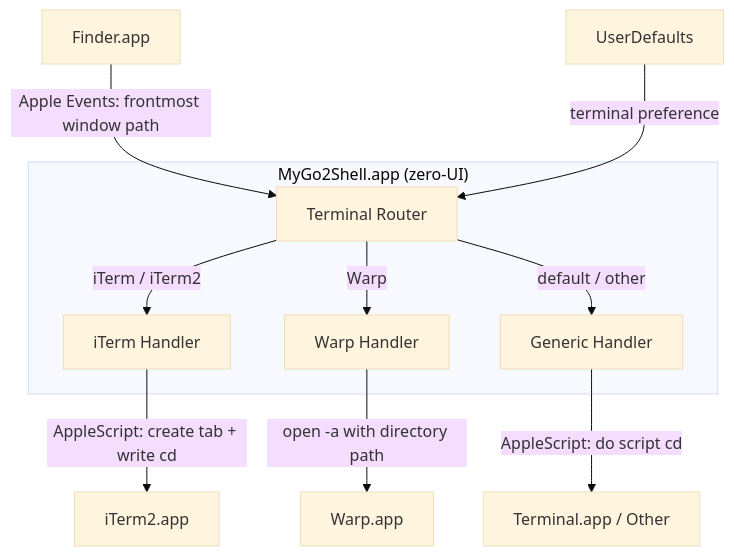
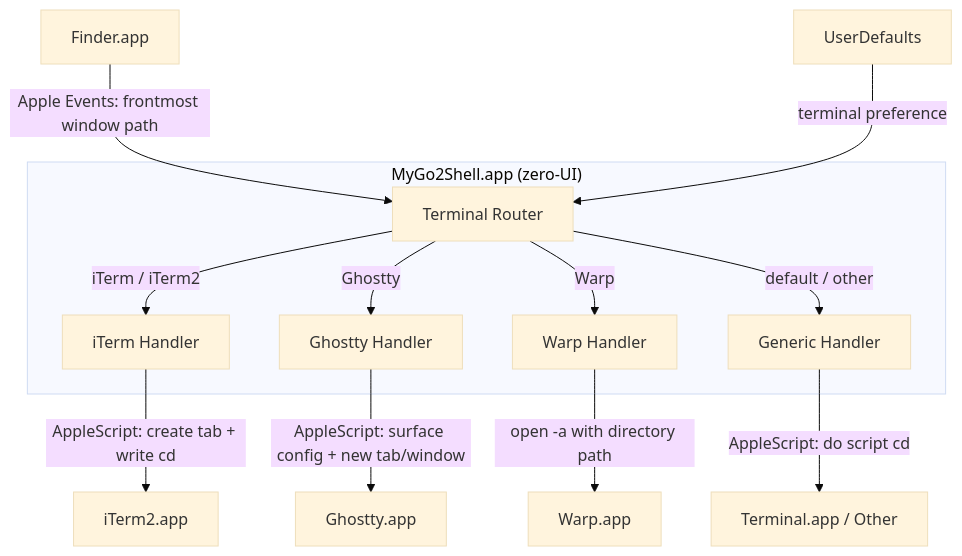
The diagram in README.md (yuman07/MyGo2Shell), drawn with Mermaid (base theme) before and after one commit. The commit also changed other lines of this file and 2 other files, not shown here.

Commit message:
Add Ghostty terminal support with native AppleScript surface configuration API

````diff
--- a/README.md
+++ b/README.md
@@ -187,15 +187,17 @@
 ```mermaid
 graph TD
     Finder[Finder.app] -->|"Apple Events: frontmost window path"| Router
     UD[UserDefaults] -->|"terminal preference"| Router
 
     subgraph App["MyGo2Shell.app (zero-UI)"]
         Router[Terminal Router] -->|"iTerm / iTerm2"| IH[iTerm Handler]
+        Router -->|"Ghostty"| GtH[Ghostty Handler]
         Router -->|"Warp"| WH[Warp Handler]
         Router -->|"default / other"| GH[Generic Handler]
     end
 
     IH -->|"AppleScript: create tab + write cd"| iTerm[iTerm2.app]
+    GtH -->|"AppleScript: surface config + new tab/window"| Ghostty[Ghostty.app]
     WH -->|"open -a with directory path"| Warp[Warp.app]
     GH -->|"AppleScript: do script cd"| Term["Terminal.app / Other"]
 ```
````
